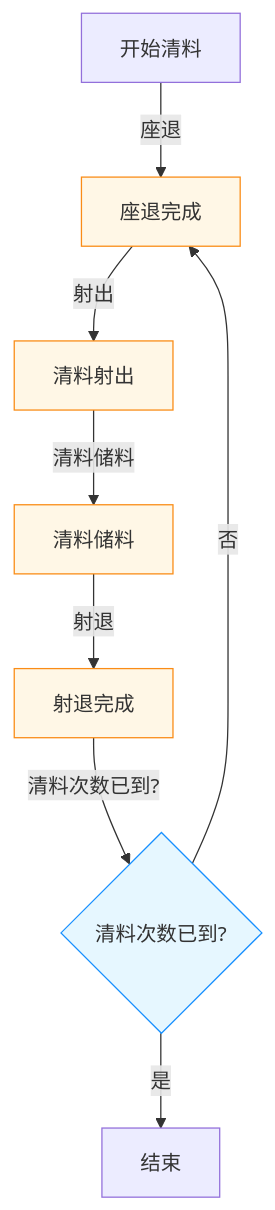
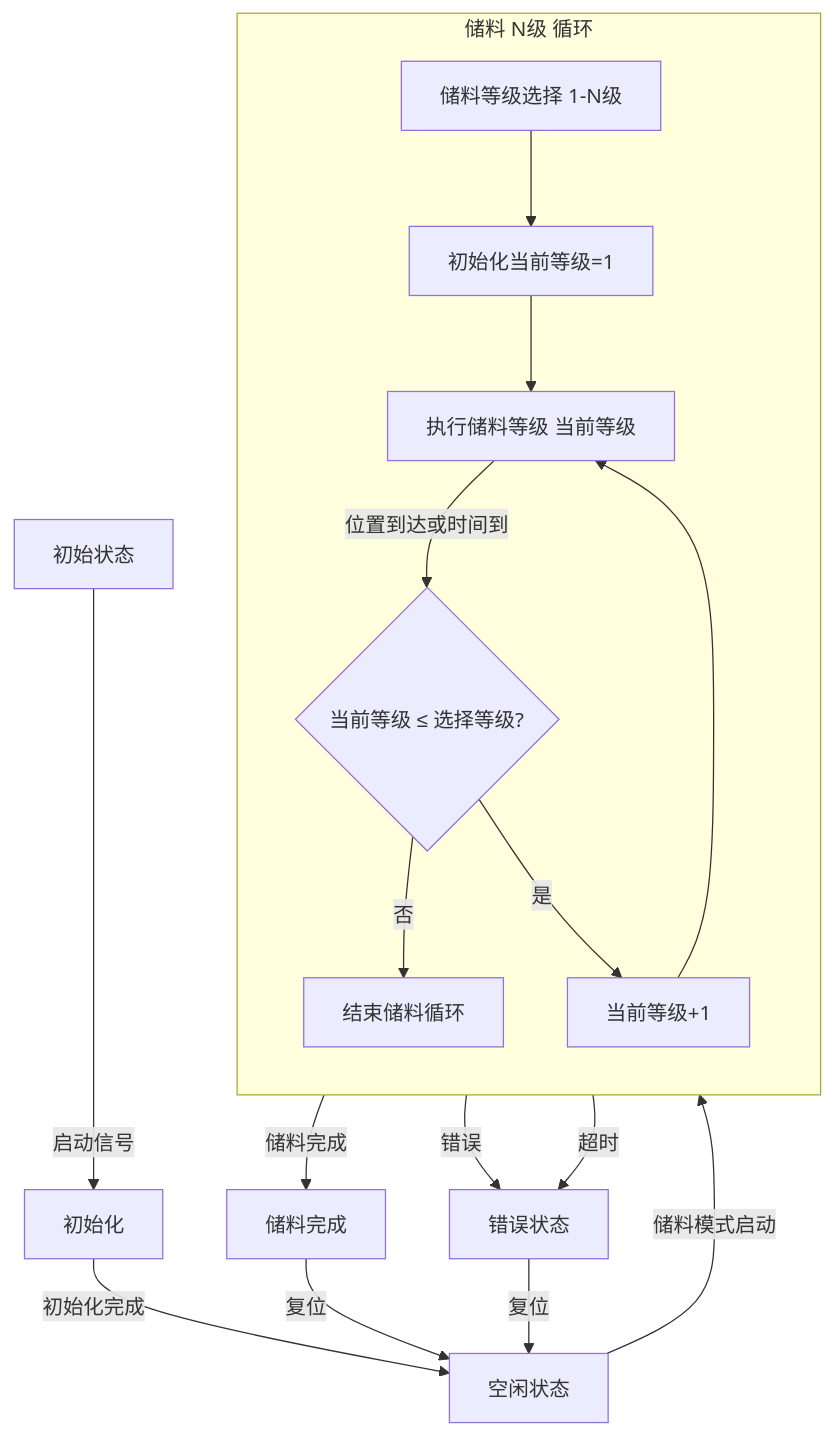
The third of 5 diagrams in docs/05_储料清料功能整理.md (Porcheson/inj-machine-docs), drawn with Mermaid before and after one commit. The commit also changed other lines of this file, not shown here.

````diff
--- a/docs/05_储料清料功能整理.md
+++ b/docs/05_储料清料功能整理.md
@@ -86,16 +163,29 @@
 ```mermaid
 flowchart TD
-    Start[开始清料] -->|座退| SeatBack[座退完成]
-    SeatBack -->|射出| CleanInj[清料射出]
-    CleanInj -->|清料储料| CleanFeed[清料储料]
-    CleanFeed -->|射退| ScrewBack[射退完成]
-    ScrewBack -->|清料次数已到?| Check{清料次数已到?}
-    Check -->|否| SeatBack
-    Check -->|是| End[结束]
-    
-    classDef action fill:#fff7e6,stroke:#fa8c16,stroke-width:1px,rounded;
-    classDef decision fill:#e6f7ff,stroke:#1890ff,stroke-width:1px,rounded;
-    
-    class SeatBack,CleanInj,CleanFeed,ScrewBack action;
-    class Check decision;
+    Start[初始状态] -->|启动信号| Init[初始化]
+    Init -->|初始化完成| Idle[空闲状态]
+    Idle -->|储料模式启动| MeterMode[储料等级选择 1-N级]
+
+    subgraph 储料 N级 循环
+        direction TB
+        MeterMode --> InitMeter[初始化当前等级=1]
+        InitMeter --> ExecuteMeter[执行储料等级 当前等级]
+        ExecuteMeter -->|位置到达或时间到| CheckMeter{当前等级 ≤ 选择等级?}
+        CheckMeter -->|否| EndMeterLoop[结束储料循环]
+        CheckMeter -->|是| IncrementMeter[当前等级+1]
+        IncrementMeter --> ExecuteMeter
+    end
+
+    EndMeterLoop -->|储料完成| Metered[储料完成]
+    Metered -->|复位| Idle
+
+    MeterMode -->|错误| Error[错误状态]
+    ExecuteMeter -->|超时| Error
+
+    Error -->|复位| Idle
+
+    class InitMeter,ExecuteMeter,IncrementMeter,EndMeterLoop step
+    class MeterMode,Start,Init,Idle,Metered complete
+    class CheckMeter decision
+    class Error error
 ```
````
